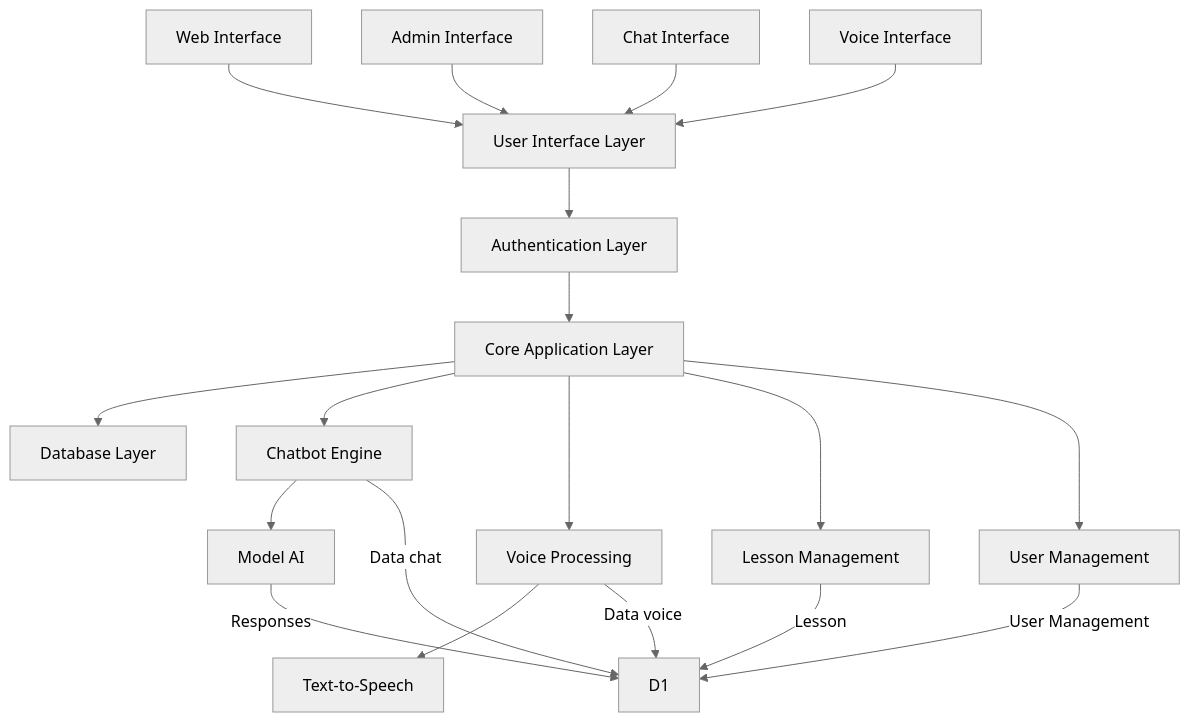
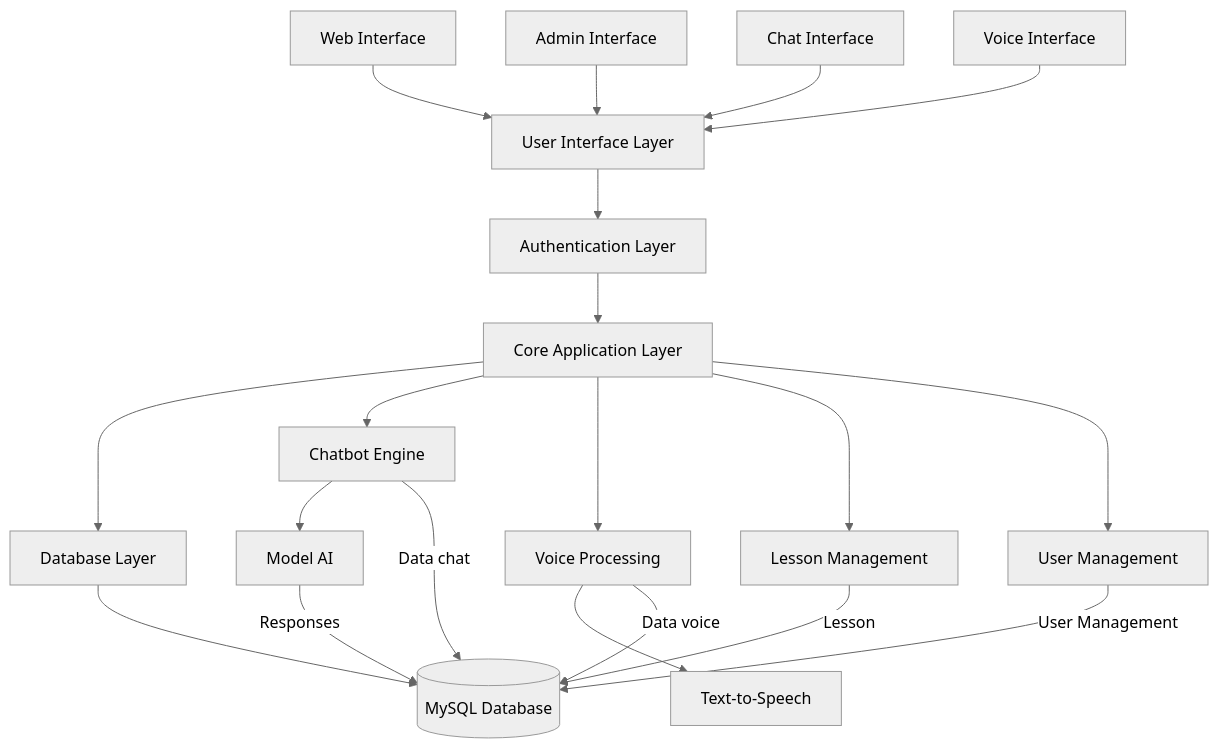
Before and after one commit to BaoHan1712/Chatbot_teach_English: the first of 5 diagrams in README.md, drawn with Mermaid (neutral theme).

````diff
--- a/README.md
+++ b/README.md
@@ -12,31 +12,32 @@
 ```mermaid
 graph TD
     A[User Interface Layer] --> B[Authentication Layer]
     B --> C[Core Application Layer]
     C --> D[Database Layer]
 
     %% User Interface Components
     A1[Web Interface] --> A
     A2[Admin Interface] --> A
     A3[Chat Interface] --> A
     A4[Voice Interface] --> A
 
     %% Core Application Components
     C --> C1[Chatbot Engine]
     C --> C2[Voice Processing]
     C --> C3[Lesson Management]
     C --> C4[User Management]
 
-
+    %% Database Interactions
+    D --> D1[(MySQL Database)]
 
     %% External Services
     C1 --> E1[Model AI]
     C2 --> E2[Text-to-Speech]
 
     %% Data Flow Connections
     C1 --> |Data chat| D1
     C2 --> |Data voice| D1
     C3 --> |Lesson| D1
     C4 --> |User Management| D1
     E1 --> |Responses| D1
 ```
````
